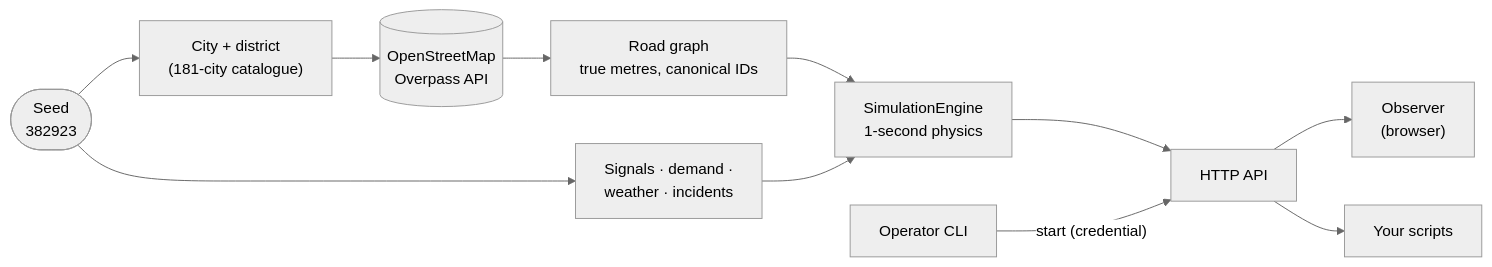
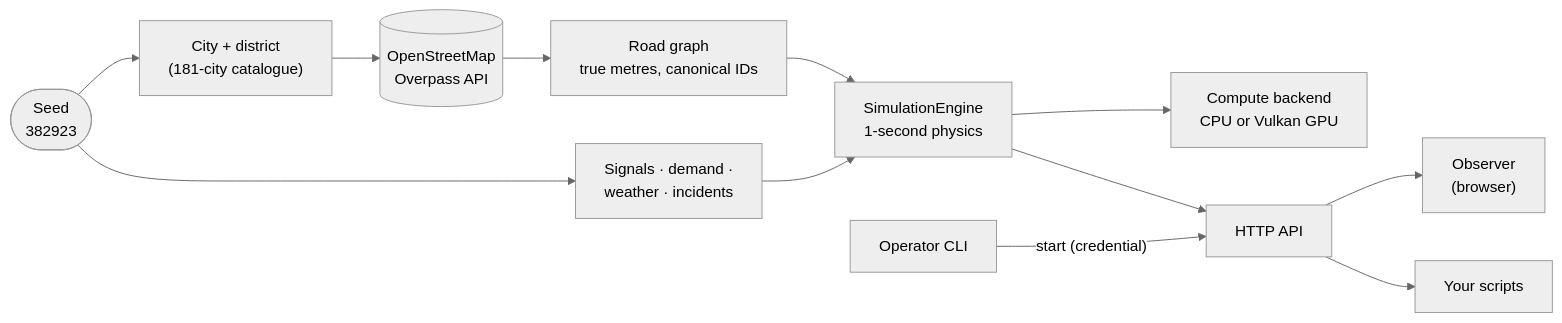
The first of 2 diagrams in README.md (varunkarthic/DSTNS), drawn with Mermaid (neutral theme) before and after one commit. The commit also changed other lines of this file and 28 other files, not shown here.

First line of the commit message:
docs: GPU acceleration and the compute architecture; release 2.2.0

````diff
--- a/README.md
+++ b/README.md
@@ -114,13 +115,14 @@
 ```mermaid
 flowchart LR
     Seed(["Seed<br/>382923"]) --> Place["City + district<br/>(181-city catalogue)"]
     Place --> OSM[("OpenStreetMap<br/>Overpass API")]
     OSM --> Graph["Road graph<br/>true metres, canonical IDs"]
     Seed --> Sched["Signals · demand ·<br/>weather · incidents"]
     Graph --> Engine["SimulationEngine<br/>1-second physics"]
     Sched --> Engine
+    Engine --> Compute["Compute backend<br/>CPU or Vulkan GPU"]
     Engine --> API["HTTP API"]
     API --> Observer["Observer<br/>(browser)"]
     API --> You["Your scripts"]
     CLI["Operator CLI"] -- "start (credential)" --> API
 ```
````
